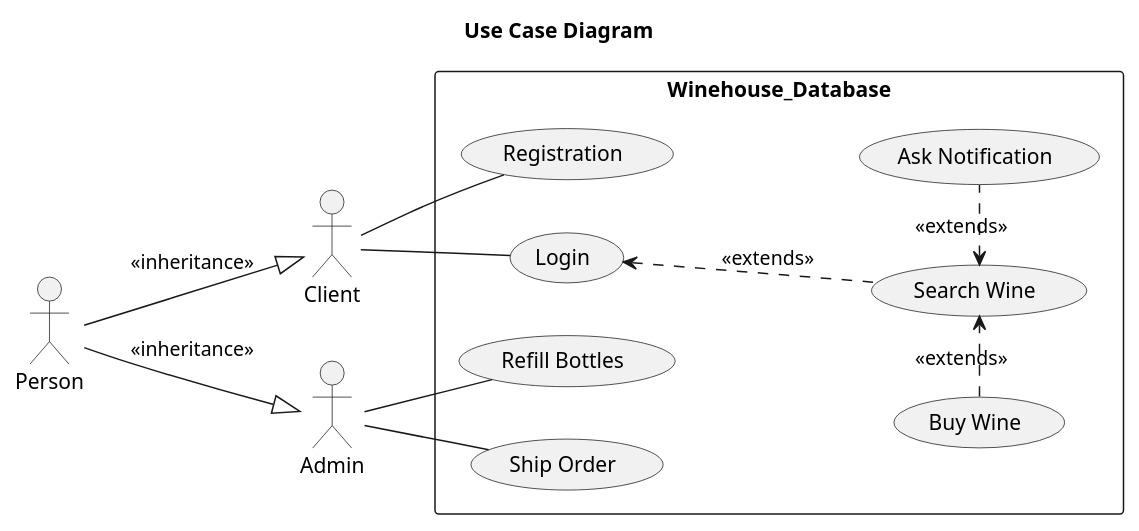
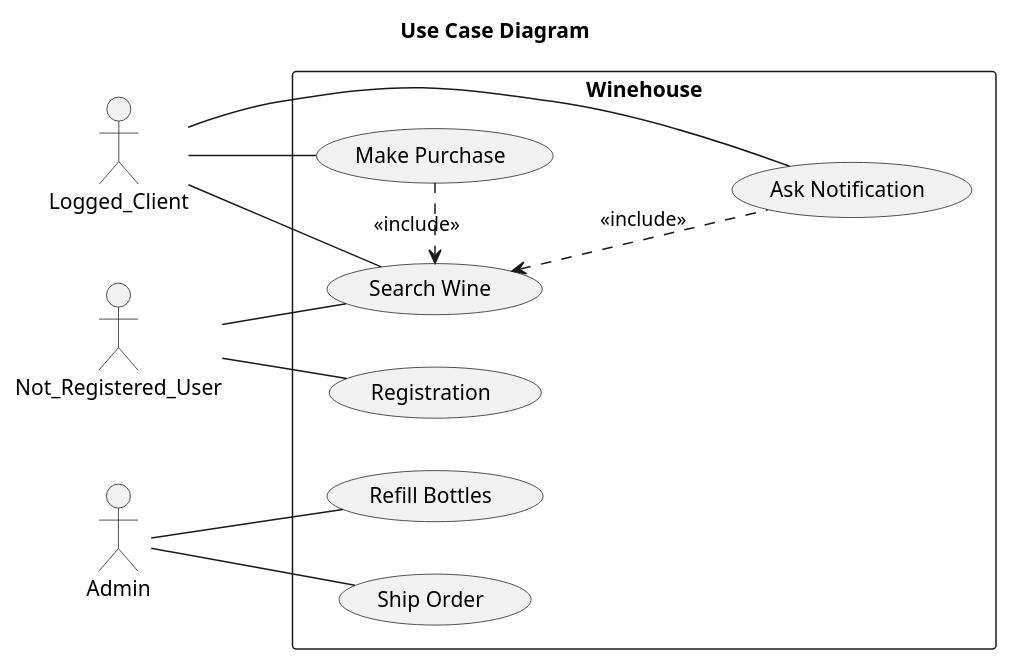
The diagram in Assegnamento2/src/main/uml/UML-UseCaseDiagram.puml (danielepelleg/software_engineering), drawn with PlantUML before and after one commit. The commit also changed 7 other files, not shown here.

```diff
--- a/Assegnamento2/src/main/uml/UML-UseCaseDiagram.puml
+++ b/Assegnamento2/src/main/uml/UML-UseCaseDiagram.puml
@@ -1,20 +1,24 @@
+@startuml
 title Use Case Diagram
 
 left to right direction
 
 actor Admin
-actor Client
-actor Person
+actor Logged_Client
+actor Not_Registered_User
 
-Person -down-|> (Admin) : <<inheritance>>
-Person -right-|> (Client) : <<inheritance>>
+rectangle  Winehouse {
+    Logged_Client -- (Make Purchase)
+    Logged_Client -- (Ask Notification)
+    Logged_Client -- (Search Wine)
 
-rectangle  Winehouse_Database {
-    Client -- (Registration)
-    Client -down- (Login)
+    Not_Registered_User -- (Registration)
+    Not_Registered_User -- (Search Wine)
+
     Admin -- (Refill Bottles)
     Admin -- (Ship Order)
-    (Login) <.. (Search Wine) : <<extends>>
-    (Search Wine) <.left. (Buy Wine) : <<extends>>
-    (Search Wine) <.right. (Ask Notification) : <<extends>>
+
+    (Search Wine) <.left. (Make Purchase) : <<include>>
+    (Search Wine) <.down. (Ask Notification) : <<include>>
 }
+@enduml
```
